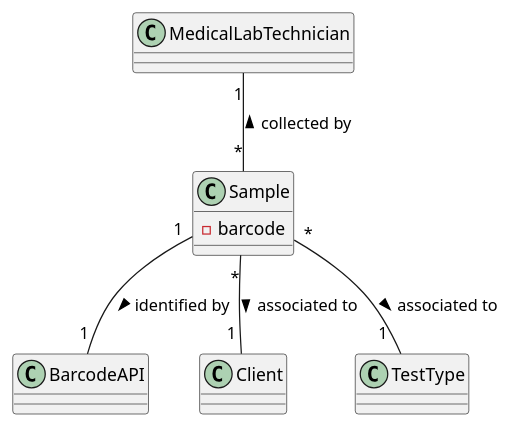
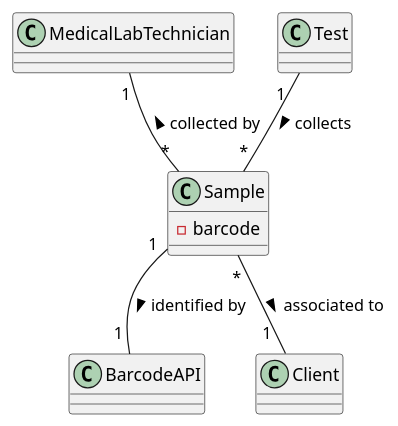
One commit to MadDinosaur/ISEP-LAPR2 changed the diagram in docs/SprintC/US5/US5_DM.puml. Above: the diagram before and after it, drawn with PlantUML. The commit also changed 8 other files, not shown here.

```diff
--- a/docs/SprintC/US5/US5_DM.puml
+++ b/docs/SprintC/US5/US5_DM.puml
@@ -1,16 +1,16 @@
 @startuml
 
 class MedicalLabTechnician
 class Sample {
 -barcode
 }
 class BarcodeAPI
 class Client
-class TestType
+class Test
 
-Sample "1"--"1" BarcodeAPI : identified by >
+Sample "1"--"1 " BarcodeAPI : identified by >
 MedicalLabTechnician "1"--"*" Sample : collected by <
-Sample "*"--"1 " Client : associated to >
-Sample "*"--" 1  " TestType: associated to >
+Sample "*"--"1  " Client : associated to >
+Test "1  "--"*" Sample : collects >
 
 @enduml
```
